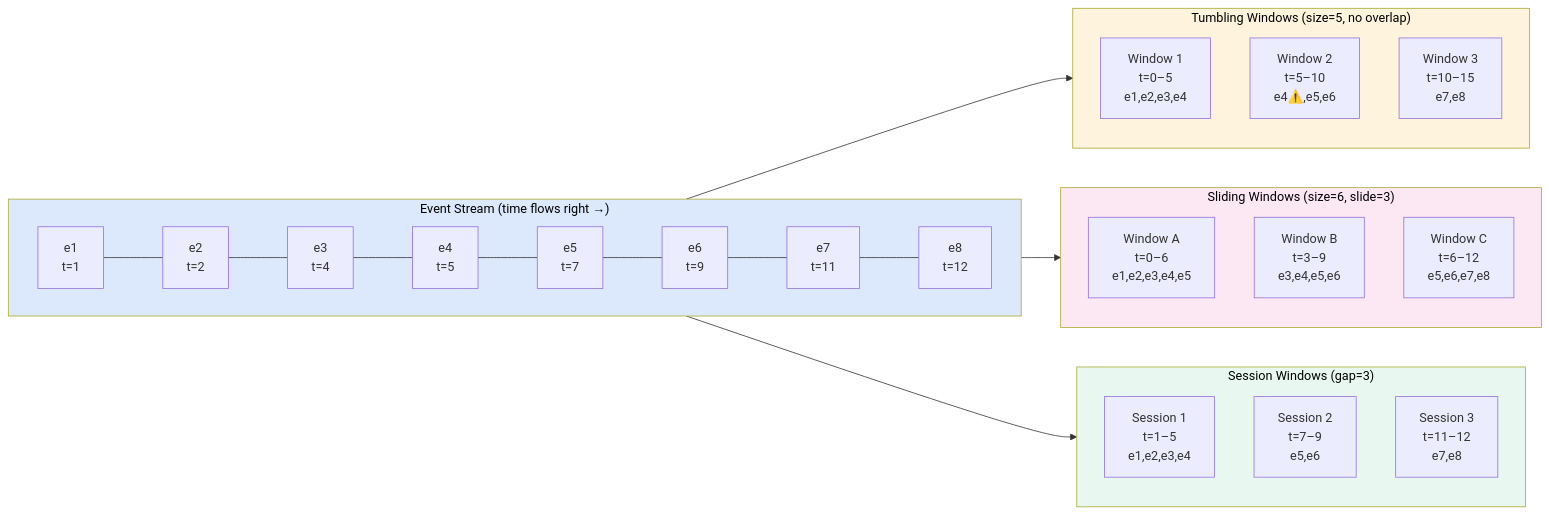
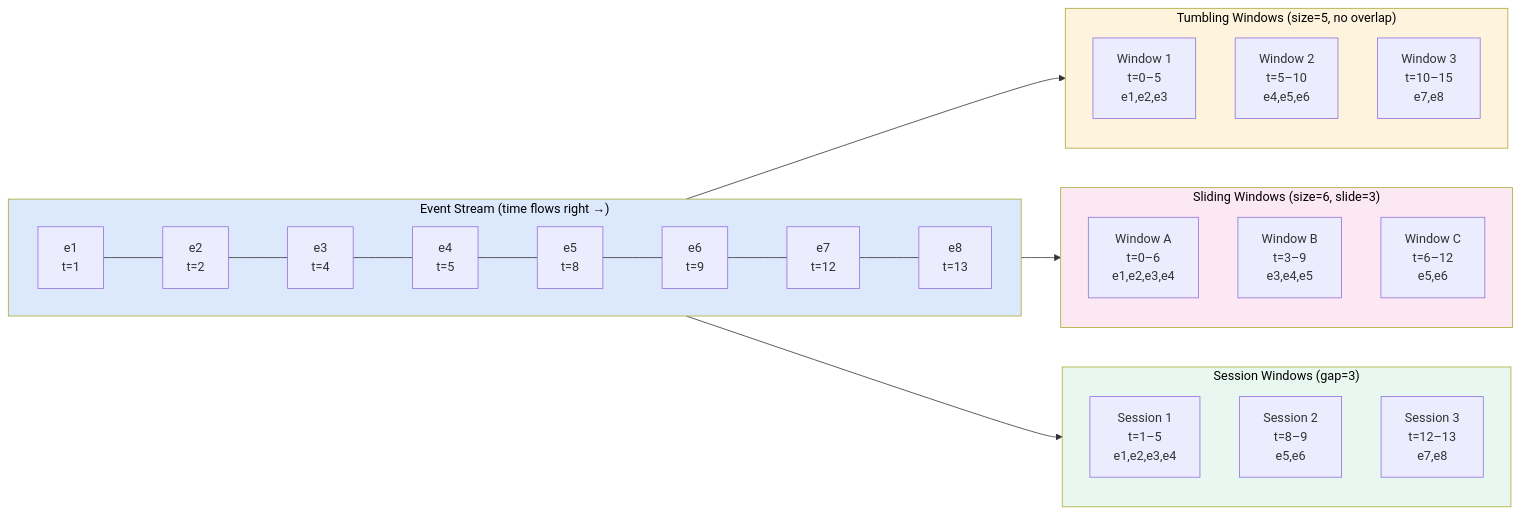
One commit to Ankan1998/learn-system-design changed the second of 3 diagrams in Level-07-Big-Data-and-Specialized/02-Stream-Processing/README.md. Above: the diagram before and after it, drawn with Mermaid. The commit also changed other lines of this file and 139 other files, not shown here.

````diff
--- a/Level-07-Big-Data-and-Specialized/02-Stream-Processing/README.md
+++ b/Level-07-Big-Data-and-Specialized/02-Stream-Processing/README.md
@@ -111,34 +111,34 @@
 ```mermaid
 flowchart LR
     subgraph EVENTS["Event Stream (time flows right →)"]
         direction LR
-        E1["e1<br/>t=1"] --- E2["e2<br/>t=2"] --- E3["e3<br/>t=4"] --- E4["e4<br/>t=5"] --- E5["e5<br/>t=7"] --- E6["e6<br/>t=9"] --- E7["e7<br/>t=11"] --- E8["e8<br/>t=12"]
+        E1["e1<br/>t=1"] --- E2["e2<br/>t=2"] --- E3["e3<br/>t=4"] --- E4["e4<br/>t=5"] --- E5["e5<br/>t=8"] --- E6["e6<br/>t=9"] --- E7["e7<br/>t=12"] --- E8["e8<br/>t=13"]
     end
 
     subgraph TUMBLING["Tumbling Windows (size=5, no overlap)"]
-        TW1["Window 1<br/>t=0–5<br/>e1,e2,e3,e4"]
-        TW2["Window 2<br/>t=5–10<br/>e4⚠️,e5,e6"]
+        TW1["Window 1<br/>t=0–5<br/>e1,e2,e3"]
+        TW2["Window 2<br/>t=5–10<br/>e4,e5,e6"]
         TW3["Window 3<br/>t=10–15<br/>e7,e8"]
     end
 
     subgraph SLIDING["Sliding Windows (size=6, slide=3)"]
-        SW1["Window A<br/>t=0–6<br/>e1,e2,e3,e4,e5"]
-        SW2["Window B<br/>t=3–9<br/>e3,e4,e5,e6"]
-        SW3["Window C<br/>t=6–12<br/>e5,e6,e7,e8"]
+        SW1["Window A<br/>t=0–6<br/>e1,e2,e3,e4"]
+        SW2["Window B<br/>t=3–9<br/>e3,e4,e5"]
+        SW3["Window C<br/>t=6–12<br/>e5,e6"]
     end
 
     subgraph SESSION["Session Windows (gap=3)"]
         SEW1["Session 1<br/>t=1–5<br/>e1,e2,e3,e4"]
-        SEW2["Session 2<br/>t=7–9<br/>e5,e6"]
-        SEW3["Session 3<br/>t=11–12<br/>e7,e8"]
+        SEW2["Session 2<br/>t=8–9<br/>e5,e6"]
+        SEW3["Session 3<br/>t=12–13<br/>e7,e8"]
     end
 
     EVENTS --> TUMBLING
     EVENTS --> SLIDING
     EVENTS --> SESSION
 
     style EVENTS fill:#dce8fb,color:#000
     style TUMBLING fill:#fef3dc,color:#000
     style SLIDING fill:#fce8f3,color:#000
     style SESSION fill:#e8f8f0,color:#000
 ```
````
